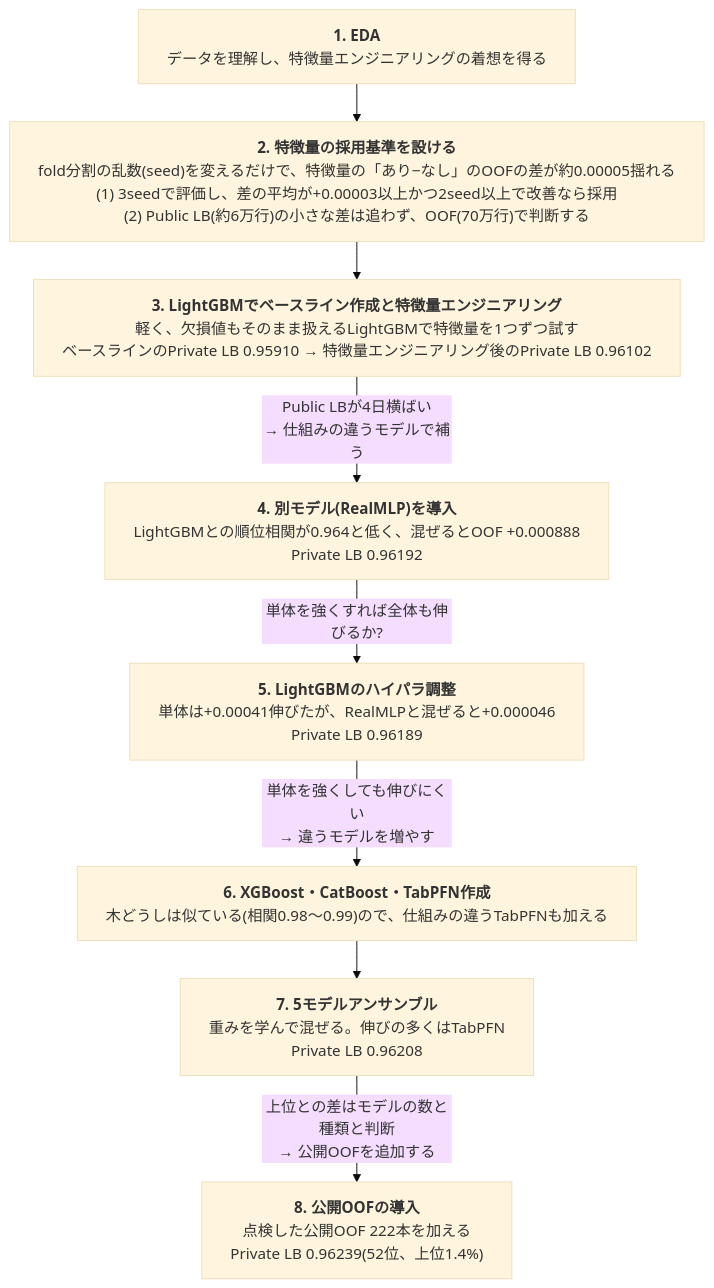
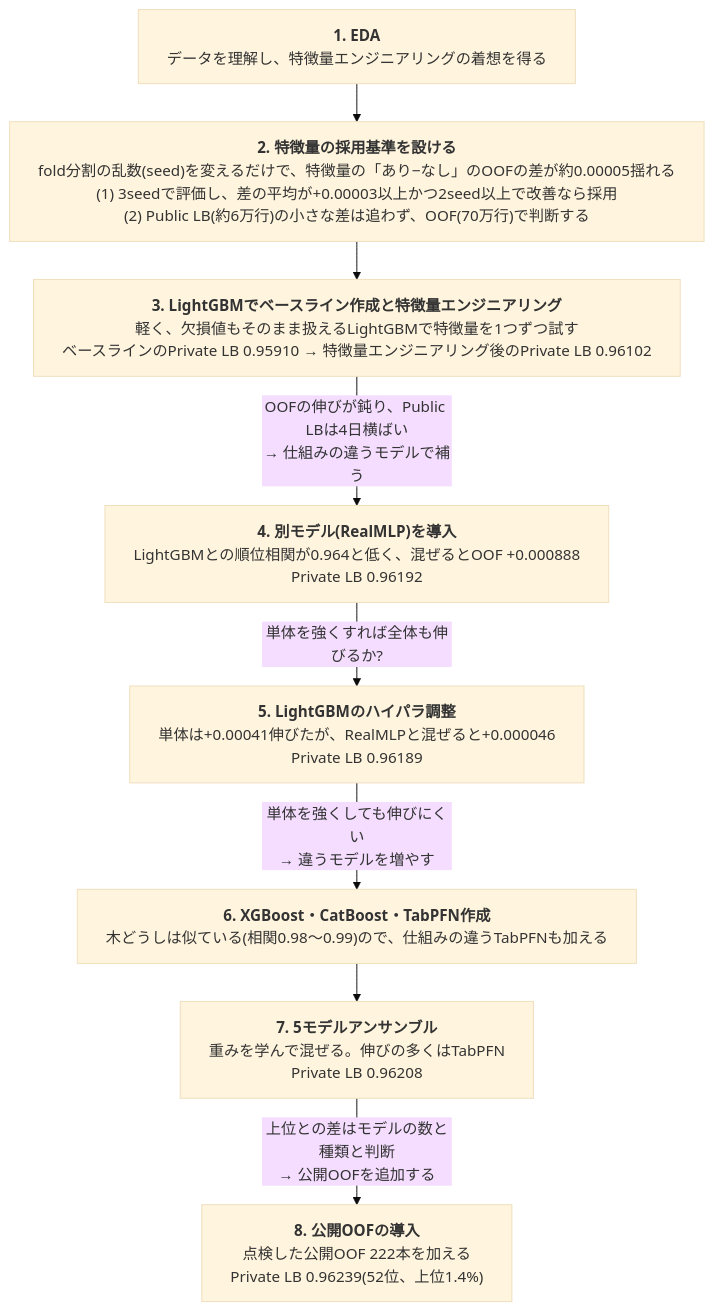
The first of 3 diagrams in README.md (aramaki5443-art/kaggle-s6e10-airline-satisfaction), drawn with Mermaid (base theme) before and after one commit.

Commit message:
README: フロー図3→4のラベルにOOFの伸びの鈍化を追記
Claude-Session: https://claude.ai/code/session_01W4XQw12fApd9PttvvKTwbS

````diff
--- a/README.md
+++ b/README.md
@@ -21,23 +21,23 @@
 ```mermaid
 ---
 config:
   flowchart:
     wrappingWidth: 800
     rankSpacing: 40
 ---
 flowchart TD
   S1["<b>1. EDA</b><br>データを理解し、特徴量エンジニアリングの着想を得る"]
   SC["<b>2. 特徴量の採用基準を設ける</b><br>fold分割の乱数(seed)を変えるだけで、特徴量の「あり−なし」のOOFの差が約0.00005揺れる<br>(1) 3seedで評価し、差の平均が+0.00003以上かつ2seed以上で改善なら採用<br>(2) Public LB(約6万行)の小さな差は追わず、OOF(70万行)で判断する"]
   S2["<b>3. LightGBMでベースライン作成と特徴量エンジニアリング</b><br>軽く、欠損値もそのまま扱えるLightGBMで特徴量を1つずつ試す<br>ベースラインのPrivate LB 0.95910 → 特徴量エンジニアリング後のPrivate LB 0.96102"]
   S3["<b>4. 別モデル(RealMLP)を導入</b><br>LightGBMとの順位相関が0.964と低く、混ぜるとOOF +0.000888<br>Private LB 0.96192"]
   S4["<b>5. LightGBMのハイパラ調整</b><br>単体は+0.00041伸びたが、RealMLPと混ぜると+0.000046<br>Private LB 0.96189"]
   S5["<b>6. XGBoost・CatBoost・TabPFN作成</b><br>木どうしは似ている(相関0.98〜0.99)ので、仕組みの違うTabPFNも加える"]
   S6["<b>7. 5モデルアンサンブル</b><br>重みを学んで混ぜる。伸びの多くはTabPFN<br>Private LB 0.96208"]
   S7["<b>8. 公開OOFの導入</b><br>点検した公開OOF 222本を加える<br>Private LB 0.96239(52位、上位1.4%)"]
   S1 --> SC --> S2
-  S2 -->|"Public LBが4日横ばい<br>→ 仕組みの違うモデルで補う"| S3
+  S2 -->|"OOFの伸びが鈍り、Public LBは4日横ばい<br>→ 仕組みの違うモデルで補う"| S3
   S3 -->|"単体を強くすれば全体も伸びるか?"| S4
   S4 -->|"単体を強くしても伸びにくい<br>→ 違うモデルを増やす"| S5
   S5 --> S6
   S6 -->|"上位との差はモデルの数と種類と判断<br>→ 公開OOFを追加する"| S7
 ```
````
